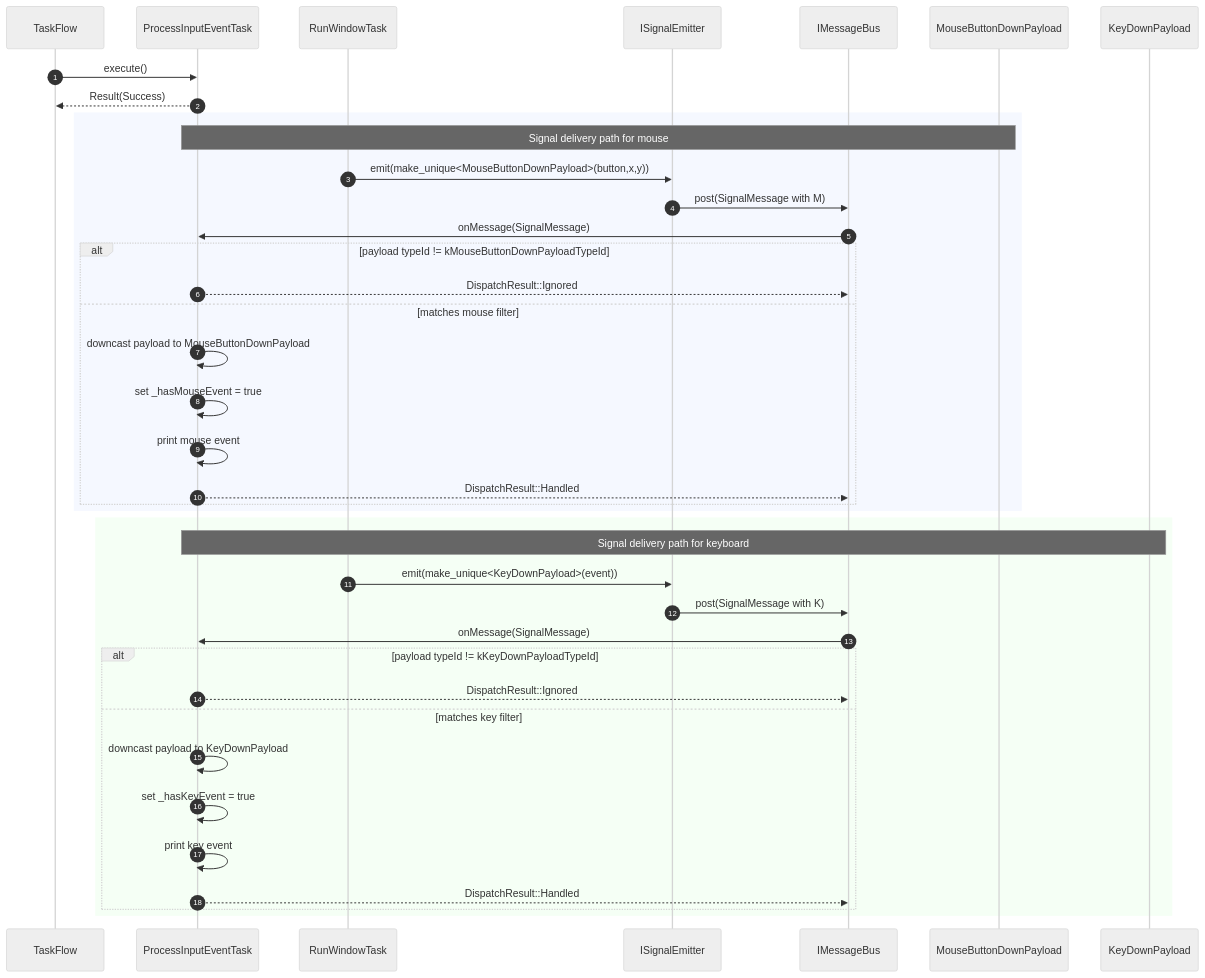
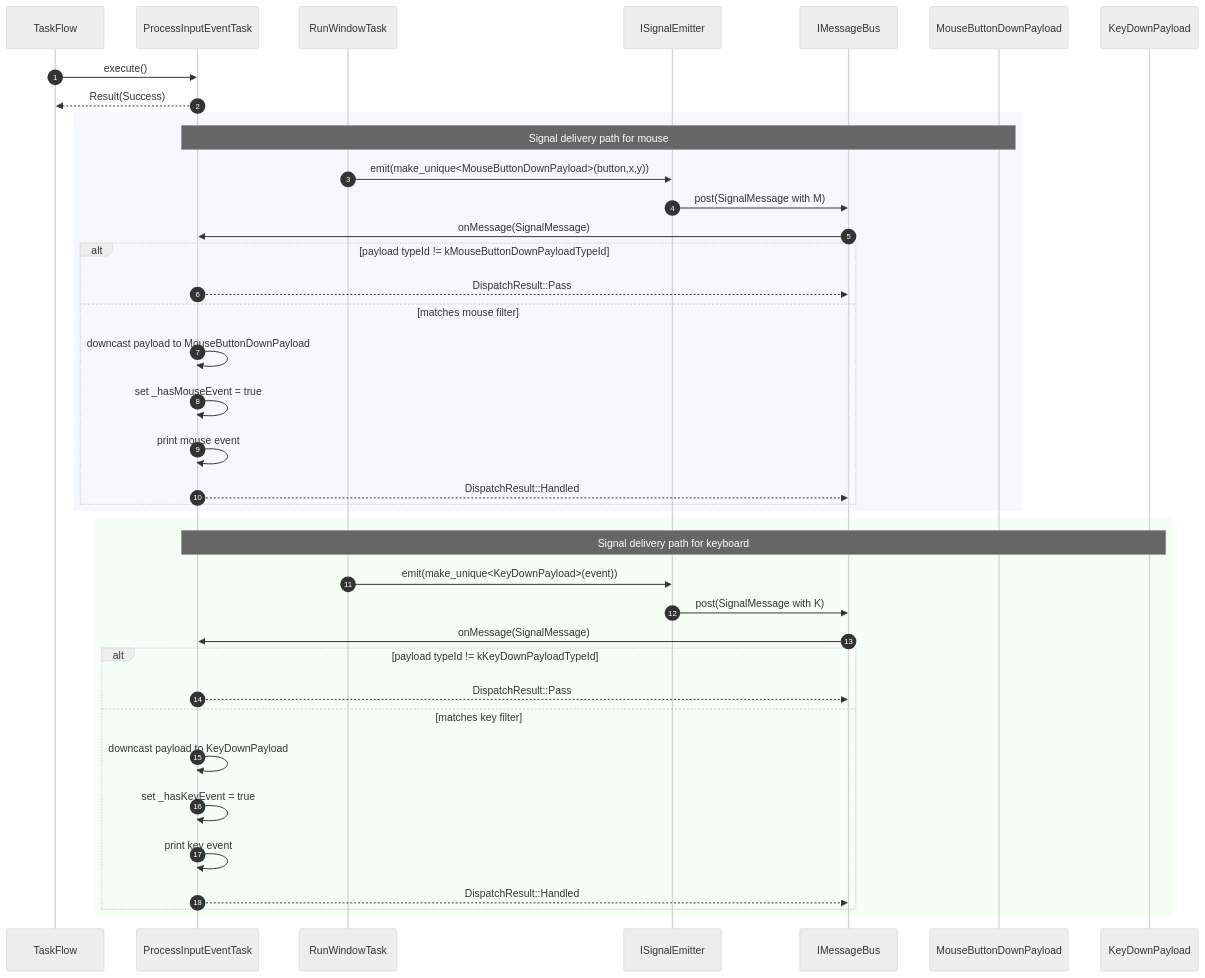
One commit to vigine-dev/Vigine changed the diagram in doc/sequence/window/processinputeventtask.md. Above: the diagram before and after it, drawn with Mermaid (neutral theme). The commit also changed 5 other files, not shown here.

````diff
--- a/doc/sequence/window/processinputeventtask.md
+++ b/doc/sequence/window/processinputeventtask.md
@@ -3,44 +3,44 @@
 ```mermaid
 sequenceDiagram
 autonumber
 participant Caller as TaskFlow
 participant T as ProcessInputEventTask
 participant Run as RunWindowTask
 participant Emitter as ISignalEmitter
 participant Bus as IMessageBus
 participant M as MouseButtonDownPayload
 participant K as KeyDownPayload
 
 Caller->>T: execute()
 T-->>Caller: Result(Success)
 
 rect rgb(245, 248, 255)
 Note over T,M: Signal delivery path for mouse
 Run->>Emitter: emit(make_unique<MouseButtonDownPayload>(button,x,y))
 Emitter->>Bus: post(SignalMessage with M)
 Bus->>T: onMessage(SignalMessage)
 alt payload typeId != kMouseButtonDownPayloadTypeId
-  T-->>Bus: DispatchResult::Ignored
+  T-->>Bus: DispatchResult::Pass
 else matches mouse filter
   T->>T: downcast payload to MouseButtonDownPayload
   T->>T: set _hasMouseEvent = true
   T->>T: print mouse event
   T-->>Bus: DispatchResult::Handled
 end
 end
 
 rect rgb(245, 255, 245)
 Note over T,K: Signal delivery path for keyboard
 Run->>Emitter: emit(make_unique<KeyDownPayload>(event))
 Emitter->>Bus: post(SignalMessage with K)
 Bus->>T: onMessage(SignalMessage)
 alt payload typeId != kKeyDownPayloadTypeId
-  T-->>Bus: DispatchResult::Ignored
+  T-->>Bus: DispatchResult::Pass
 else matches key filter
   T->>T: downcast payload to KeyDownPayload
   T->>T: set _hasKeyEvent = true
   T->>T: print key event
   T-->>Bus: DispatchResult::Handled
 end
 end
 ```
````
